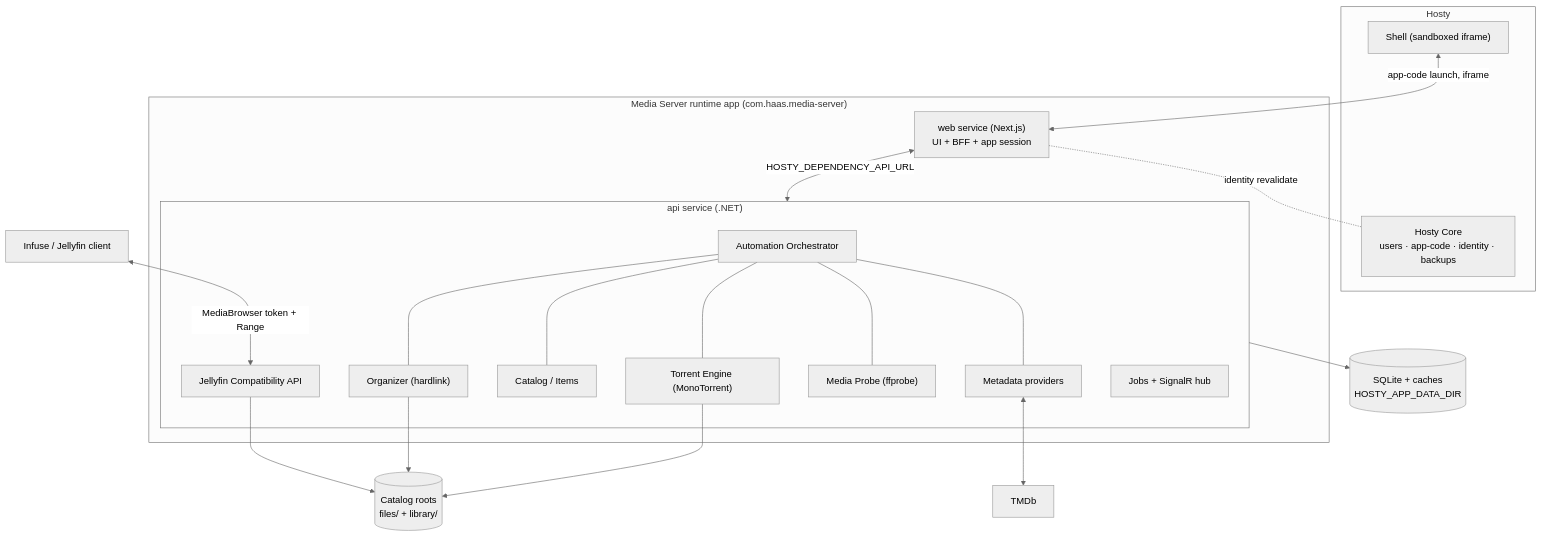
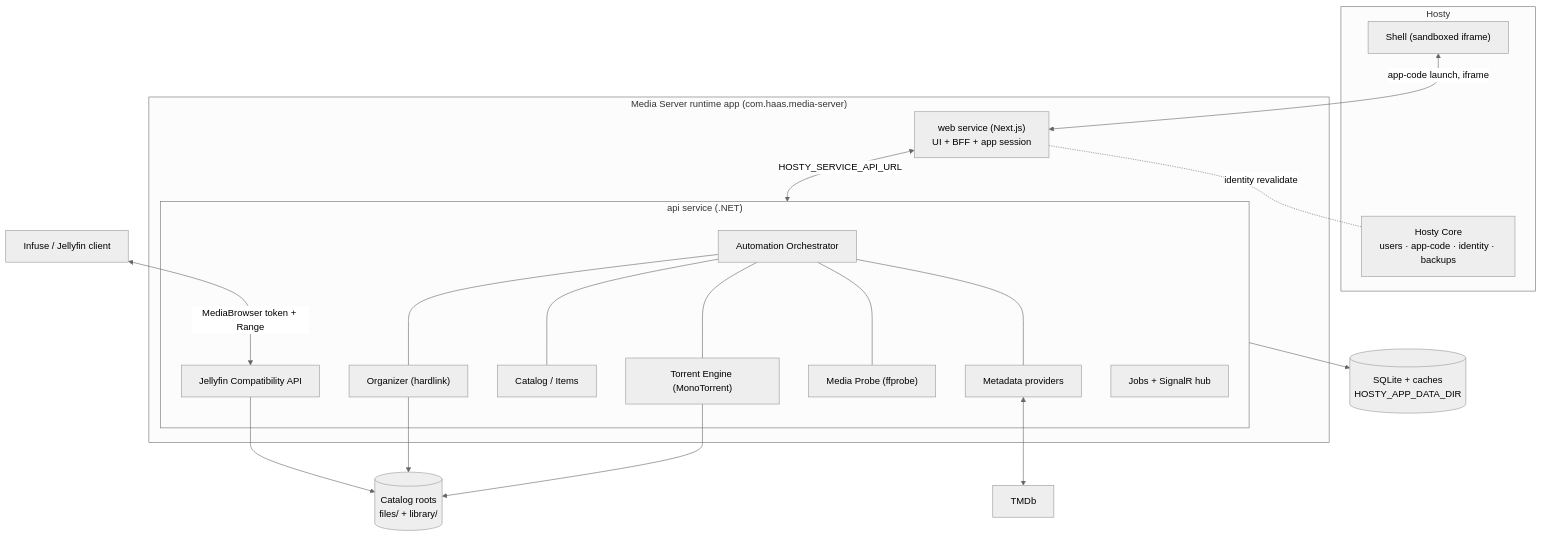
Before and after one commit to alex-de-haas/media-server: the second of 2 diagrams in docs/root.md, drawn with Mermaid (neutral theme). The commit also changed 66 other files, not shown here.

````diff
--- a/docs/root.md
+++ b/docs/root.md
@@ -44,35 +44,35 @@
 ```mermaid
 flowchart TB
   subgraph Hosty
     CORE["Hosty Core<br/>users · app-code · identity · backups"]
     SHELL["Shell (sandboxed iframe)"]
   end
   subgraph App["Media Server runtime app (com.haas.media-server)"]
     WEB["web service (Next.js)<br/>UI + BFF + app session"]
     subgraph API["api service (.NET)"]
       ORCH["Automation Orchestrator"]
       TOR["Torrent Engine (MonoTorrent)"]
       ORG["Organizer (hardlink)"]
       CAT["Catalog / Items"]
       META["Metadata providers"]
       PROBE["Media Probe (ffprobe)"]
       JELLY["Jellyfin Compatibility API"]
       JOBS["Jobs + SignalR hub"]
     end
   end
   INFUSE["Infuse / Jellyfin client"]
   TMDB["TMDb"]
   DB[("SQLite + caches<br/>HOSTY_APP_DATA_DIR")]
   CATFS[("Catalog roots<br/>files/ + library/")]
 
   SHELL <-->|app-code launch, iframe| WEB
-  WEB <-->|HOSTY_DEPENDENCY_API_URL| API
+  WEB <-->|HOSTY_SERVICE_API_URL| API
   WEB -.identity revalidate.- CORE
   INFUSE <-->|MediaBrowser token + Range| JELLY
   META <--> TMDB
   ORCH --- TOR & ORG & META & PROBE & CAT
   API --> DB
   TOR --> CATFS
   ORG --> CATFS
   JELLY --> CATFS
 ```
````
